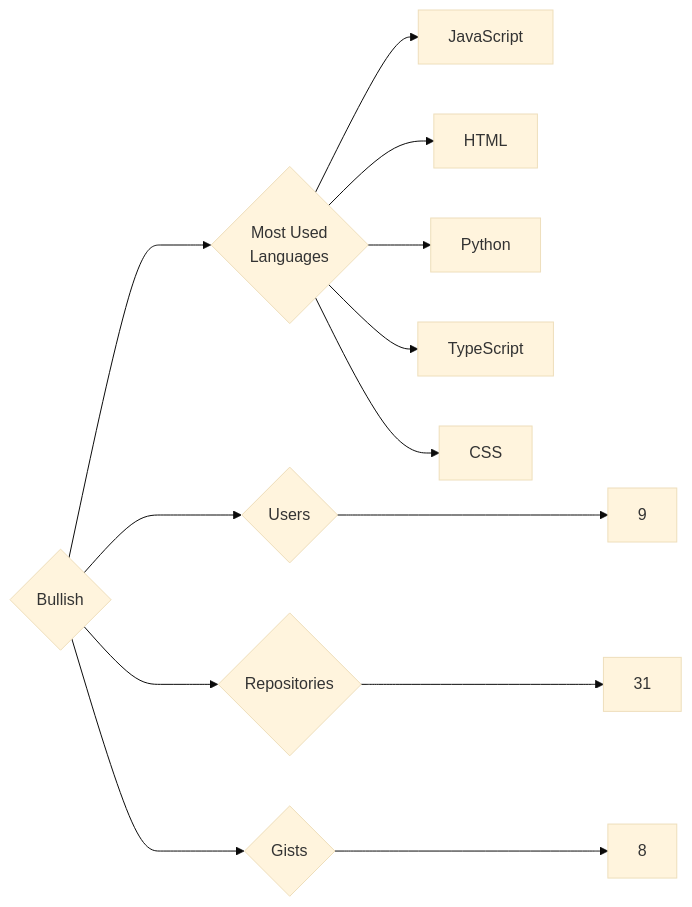
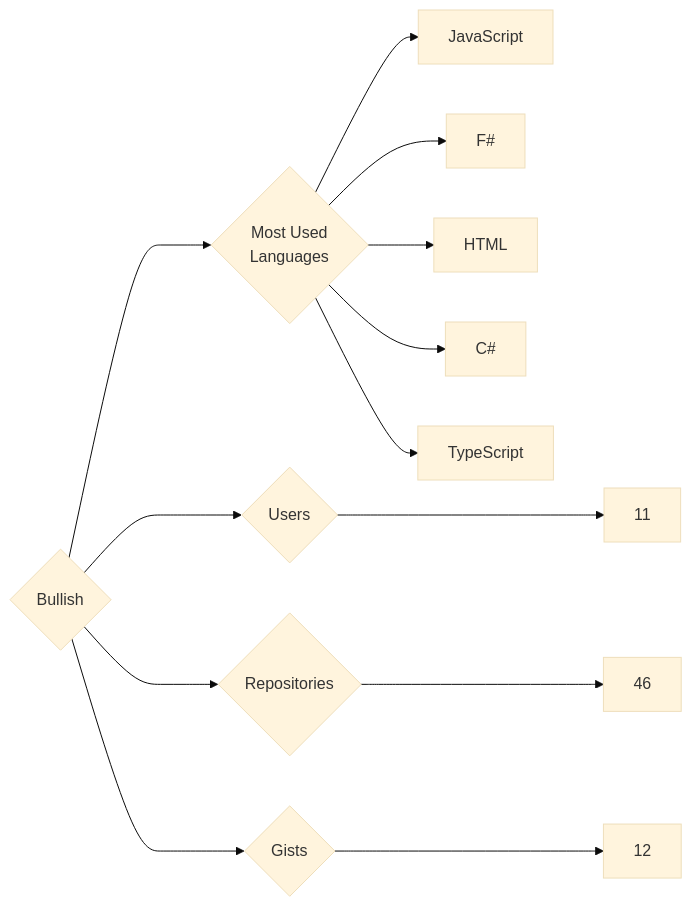
The diagram in targets/Bullish/README.md (trickest/insiders), drawn with Mermaid (base theme) before and after one commit. The commit also changed 639 other files, not shown here.

````diff
--- a/targets/Bullish/README.md
+++ b/targets/Bullish/README.md
@@ -3,13 +3,13 @@
 ```mermaid
 graph LR
 COMPANY_NAME{Bullish}
-COMPANY_NAME ---> U{Users} ---> UN[9]
-COMPANY_NAME ---> R{Repositories} ---> RN[31]
-COMPANY_NAME ---> G{Gists} ---> GN[8]
+COMPANY_NAME ---> U{Users} ---> UN[11]
+COMPANY_NAME ---> R{Repositories} ---> RN[46]
+COMPANY_NAME ---> G{Gists} ---> GN[12]
 COMPANY_NAME ---> ML{Most Used<br>Languages}
 ML --> JavaScript[JavaScript]
+ML --> F#[F#]
 ML --> HTML[HTML]
-ML --> Python[Python]
+ML --> C#[C#]
 ML --> TypeScript[TypeScript]
-ML --> CSS[CSS]
 ```
````
